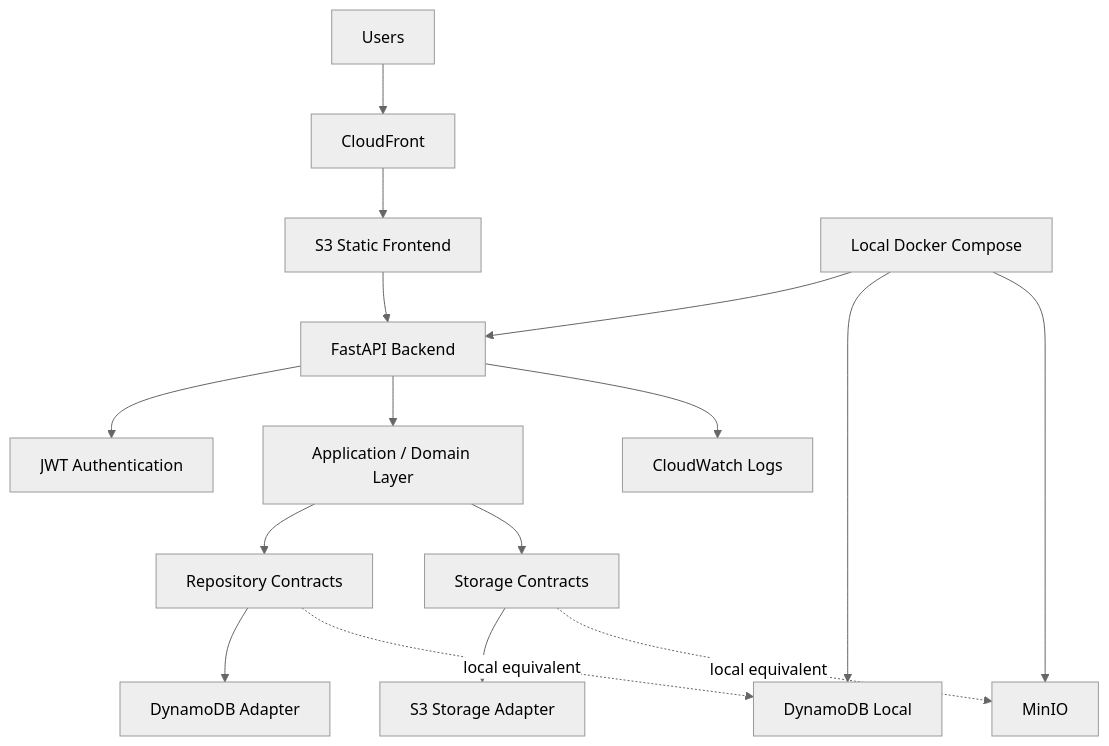
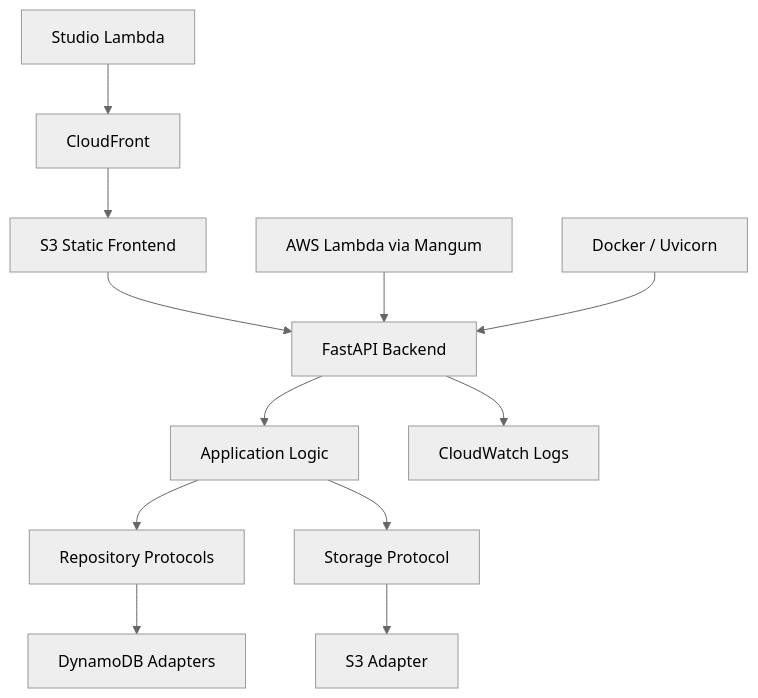
Before and after one commit to atellaluca/atellaluca: the diagram in docs/case-studies/cloud-portable-fleet-platform/index.md, drawn with Mermaid (neutral theme). The commit also changed other lines of this file and 22 other files, not shown here.

````diff
--- a/docs/case-studies/cloud-portable-fleet-platform/index.md
+++ b/docs/case-studies/cloud-portable-fleet-platform/index.md
@@ -55,23 +48,17 @@
 ```mermaid
 flowchart TB
-    U[Users] --> CF[CloudFront]
+    U[Studio Lambda] --> CF[CloudFront]
     CF --> FE[S3 Static Frontend]
     FE --> API[FastAPI Backend]
 
-    API --> AUTH[JWT Authentication]
-    API --> DOMAIN[Application / Domain Layer]
-    DOMAIN --> REPO[Repository Contracts]
-    DOMAIN --> STORE[Storage Contracts]
+    API --> DOMAIN[Application Logic]
+    DOMAIN --> REPO[Repository Protocols]
+    DOMAIN --> STORAGE[Storage Protocol]
 
-    REPO --> DDB[DynamoDB Adapter]
-    STORE --> S3[S3 Storage Adapter]
+    REPO --> DDB[DynamoDB Adapters]
+    STORAGE --> S3[S3 Adapter]
 
     API --> LOGS[CloudWatch Logs]
-
-    DEV[Local Docker Compose] --> API
-    DEV --> DDBL[DynamoDB Local]
-    DEV --> MINIO[MinIO]
-
-    REPO -. local equivalent .-> DDBL
-    STORE -. local equivalent .-> MINIO
+    LAMBDA[AWS Lambda via Mangum] --> API
+    LOCAL[Docker / Uvicorn] --> API
 ```
````
